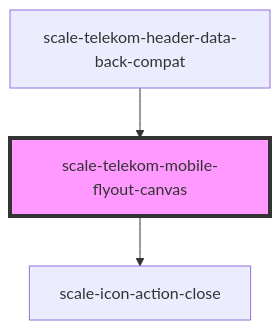
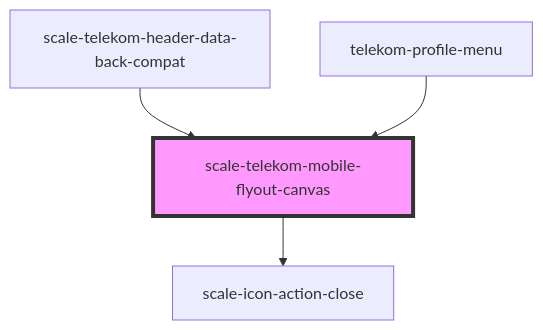
One commit to telekom/scale changed the diagram in packages/components/src/components/telekom/telekom-mobile-flyout-canvas/readme.md. Above: the diagram before and after it, drawn with Mermaid. The commit also changed other lines of this file and 33 other files, not shown here.

First line of the commit message:
feat(telekom-profile-menu): WIP (#2208)

````diff
--- a/packages/components/src/components/telekom/telekom-mobile-flyout-canvas/readme.md
+++ b/packages/components/src/components/telekom/telekom-mobile-flyout-canvas/readme.md
@@ -49,6 +50,7 @@
 ```mermaid
 graph TD;
   scale-telekom-mobile-flyout-canvas --> scale-icon-action-close
   scale-telekom-header-data-back-compat --> scale-telekom-mobile-flyout-canvas
+  telekom-profile-menu --> scale-telekom-mobile-flyout-canvas
   style scale-telekom-mobile-flyout-canvas fill:#f9f,stroke:#333,stroke-width:4px
 ```
````
